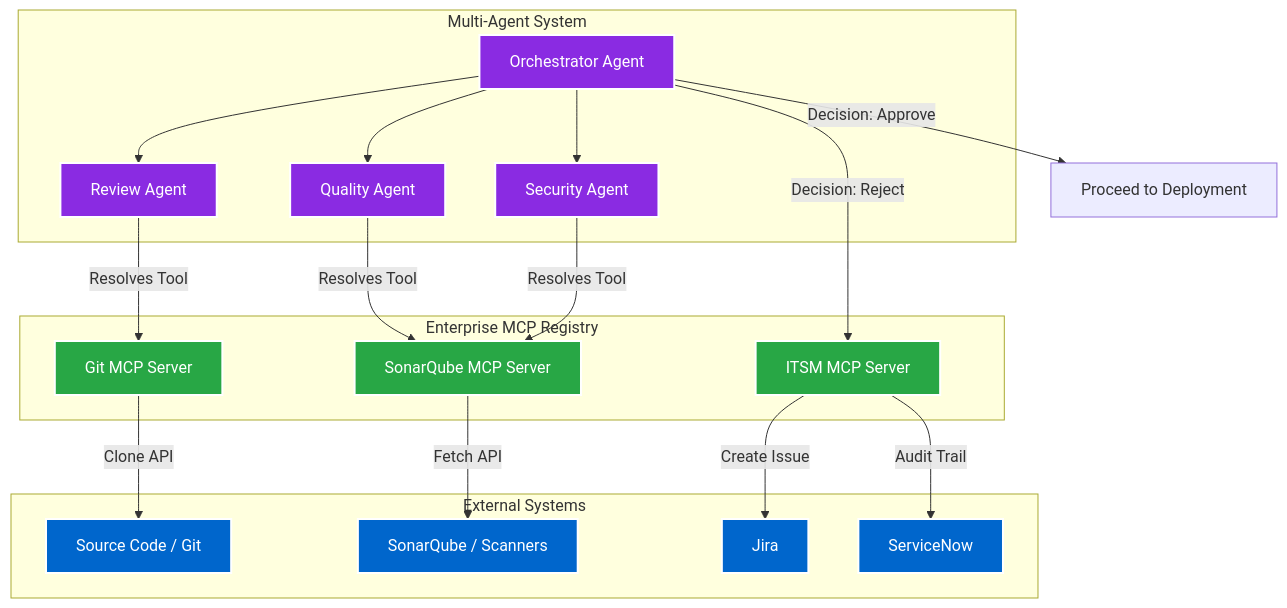
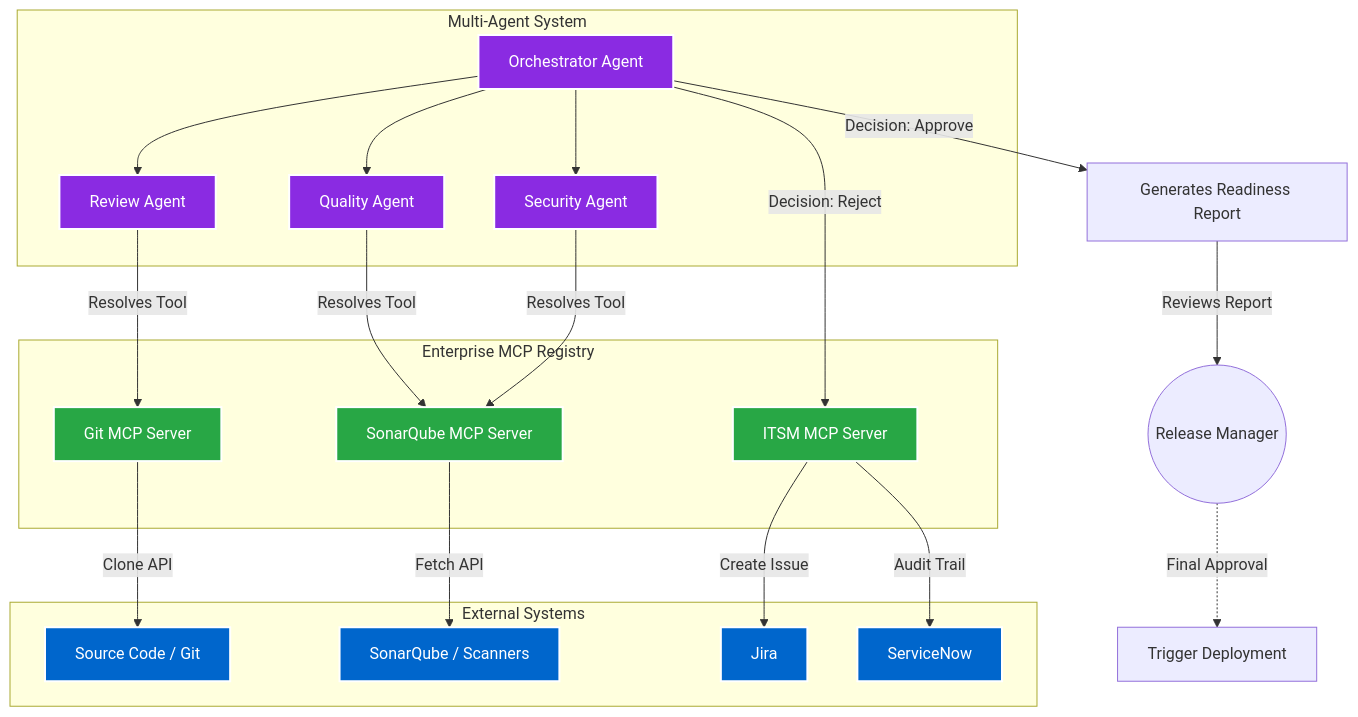
One commit to VinodKumarKP/my_portfolio changed the diagram in src/content/projects/release-management-agent.md. Above: the diagram before and after it, drawn with Mermaid. The commit also changed other lines of this file, not shown here.

````diff
--- a/src/content/projects/release-management-agent.md
+++ b/src/content/projects/release-management-agent.md
@@ -36,47 +42,49 @@
 ```mermaid
 graph TD
     subgraph SG1 [Multi-Agent System]
         OA[Orchestrator Agent]
         QA[Quality Agent]
         SA[Security Agent]
         RA[Review Agent]
     end
 
     subgraph SG3 [Enterprise MCP Registry]
         MCP_Git[Git MCP Server]
         MCP_SQ[SonarQube MCP Server]
         MCP_ITSM[ITSM MCP Server]
     end
 
     subgraph SG2 [External Systems]
         Git[Source Code / Git]
         SQ[SonarQube / Scanners]
         Jira[Jira]
         SN[ServiceNow]
     end
 
     OA --> QA
     OA --> SA
     OA --> RA
 
     QA -->|"Resolves Tool"| MCP_SQ
     SA -->|"Resolves Tool"| MCP_SQ
     RA -->|"Resolves Tool"| MCP_Git
 
     MCP_SQ -->|"Fetch API"| SQ
     MCP_Git -->|"Clone API"| Git
 
     OA -->|"Decision: Reject"| MCP_ITSM
     MCP_ITSM -->|"Create Issue"| Jira
     MCP_ITSM -->|"Audit Trail"| SN
 
-    OA -->|"Decision: Approve"| Deploy[Proceed to Deployment]
+    OA -->|"Decision: Approve"| Report[Generates Readiness Report]
+    Report -->|"Reviews Report"| Manager((Release Manager))
+    Manager -.->|"Final Approval"| Deploy[Trigger Deployment]
 
     classDef agent fill:#8a2be2,stroke:#fff,stroke-width:2px,color:#fff;
     classDef ext fill:#0066cc,stroke:#fff,stroke-width:2px,color:#fff;
     classDef mcp fill:#28a745,stroke:#fff,stroke-width:2px,color:#fff;
     
     class OA,QA,SA,RA agent;
     class Git,SQ,Jira,SN ext;
     class MCP_Git,MCP_SQ,MCP_ITSM mcp;
 ```
````
